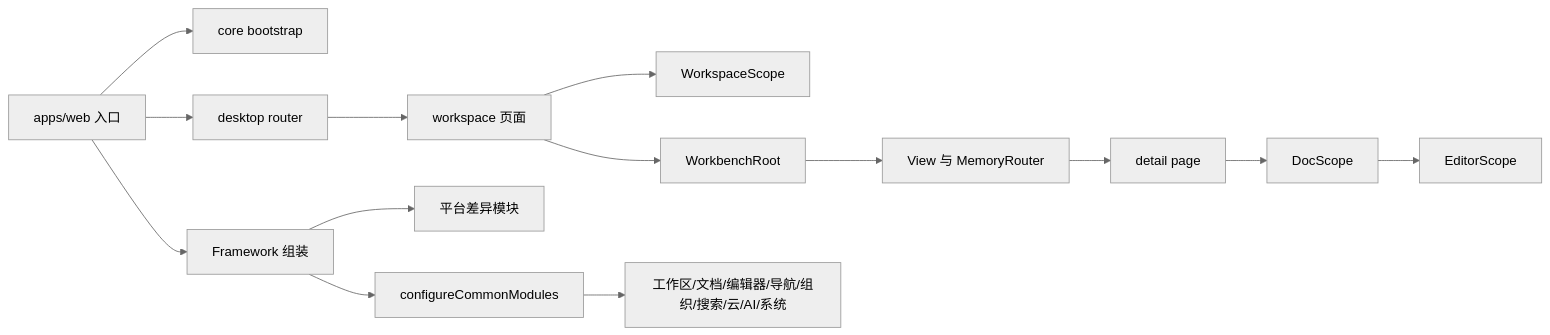
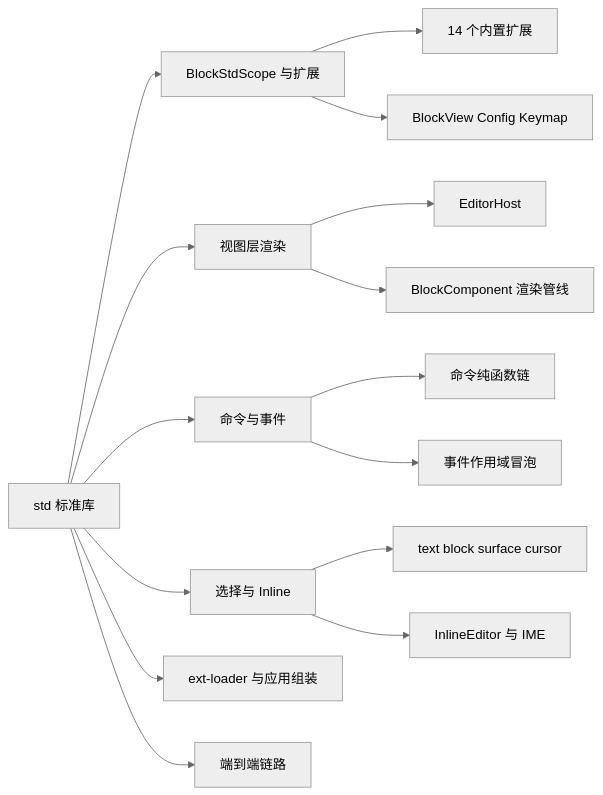
Before and after one commit to lfire/AFFiNE: the first of 6 diagrams in learning-guide/slides/decks/17.md, drawn with Mermaid (neutral theme). The commit also changed other lines of this file and 73 other files, not shown here.

````diff
--- a/learning-guide/slides/decks/17.md
+++ b/learning-guide/slides/decks/17.md
@@ -33,16 +33,17 @@
 ```mermaid
 flowchart LR
-  Entry["apps/web 入口"] --> Boot["core bootstrap"]
-  Entry --> Assemble["Framework 组装"]
-  Assemble --> Common["configureCommonModules"]
-  Assemble --> Platform["平台差异模块"]
-  Entry --> Router["desktop router"]
-  Router --> WSPage["workspace 页面"]
-  WSPage --> WS["WorkspaceScope"]
-  WSPage --> WB["WorkbenchRoot"]
-  WB --> View["View 与 MemoryRouter"]
-  View --> Detail["detail page"]
-  Detail --> DocS["DocScope"]
-  DocS --> EdS["EditorScope"]
-  Common --> Domains["工作区/文档/编辑器/导航/组织/搜索/云/AI/系统"]
+  ROOT["std 标准库"] --> A["BlockStdScope 与扩展"]
+  ROOT --> B["视图层渲染"]
+  ROOT --> C["命令与事件"]
+  ROOT --> D["选择与 Inline"]
+  ROOT --> E["ext-loader 与应用组装"]
+  ROOT --> F["端到端链路"]
+  A --> A1["14 个内置扩展"]
+  A --> A2["BlockView Config Keymap"]
+  B --> B1["EditorHost"]
+  B --> B2["BlockComponent 渲染管线"]
+  C --> C1["命令纯函数链"]
+  C --> C2["事件作用域冒泡"]
+  D --> D1["text block surface cursor"]
+  D --> D2["InlineEditor 与 IME"]
 ```
````
